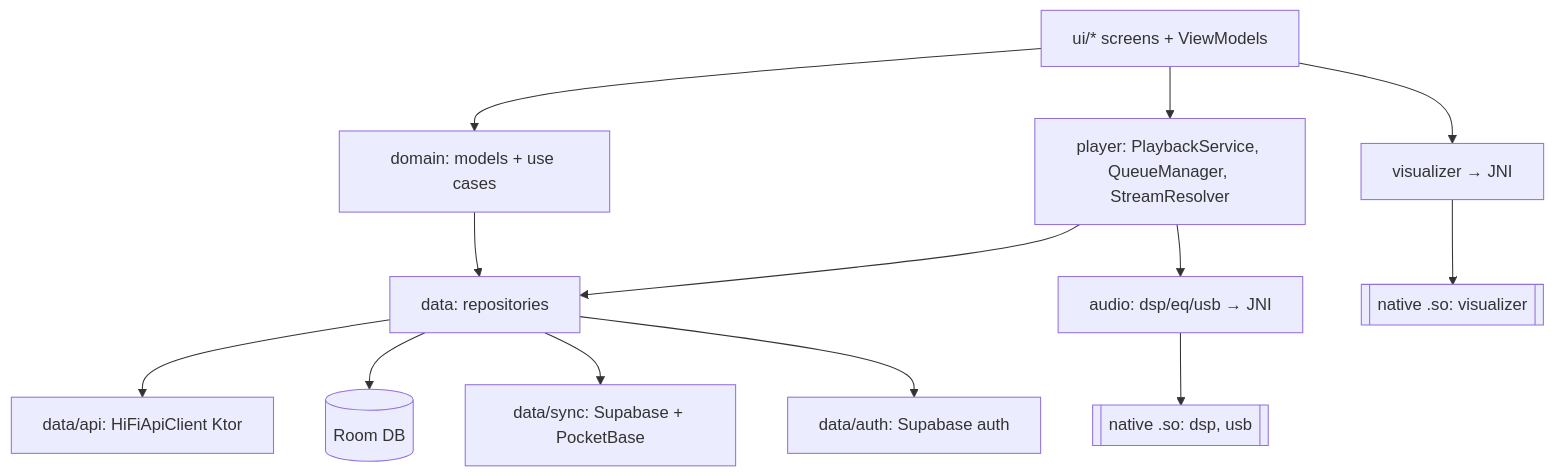
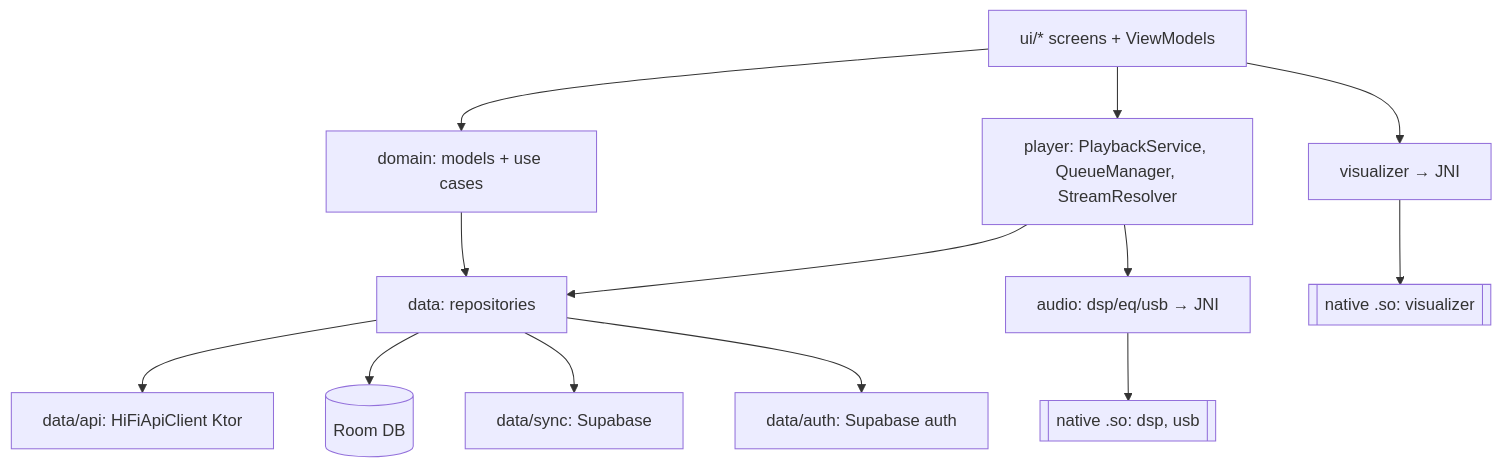
Before and after one commit to tryptz/monotrypt.android: the second of 2 diagrams in codebase.md, drawn with Mermaid. The commit also changed other lines of this file and 42 other files, not shown here.

````diff
--- a/codebase.md
+++ b/codebase.md
@@ -181,15 +182,15 @@
 ```mermaid
 flowchart TD
   UI[ui/* screens + ViewModels] --> DOM[domain: models + use cases]
   UI --> PLAYER[player: PlaybackService, QueueManager, StreamResolver]
   DOM --> DATA[data: repositories]
   PLAYER --> DATA
   DATA --> API[data/api: HiFiApiClient Ktor]
   DATA --> DB[(Room DB)]
-  DATA --> SYNC[data/sync: Supabase + PocketBase]
+  DATA --> SYNC[data/sync: Supabase]
   DATA --> AUTH[data/auth: Supabase auth]
   PLAYER --> AUDIO[audio: dsp/eq/usb → JNI]
   UI --> VIS[visualizer → JNI]
   AUDIO --> NATIVE[[native .so: dsp, usb]]
   VIS --> NATIVE2[[native .so: visualizer]]
 ```
````
